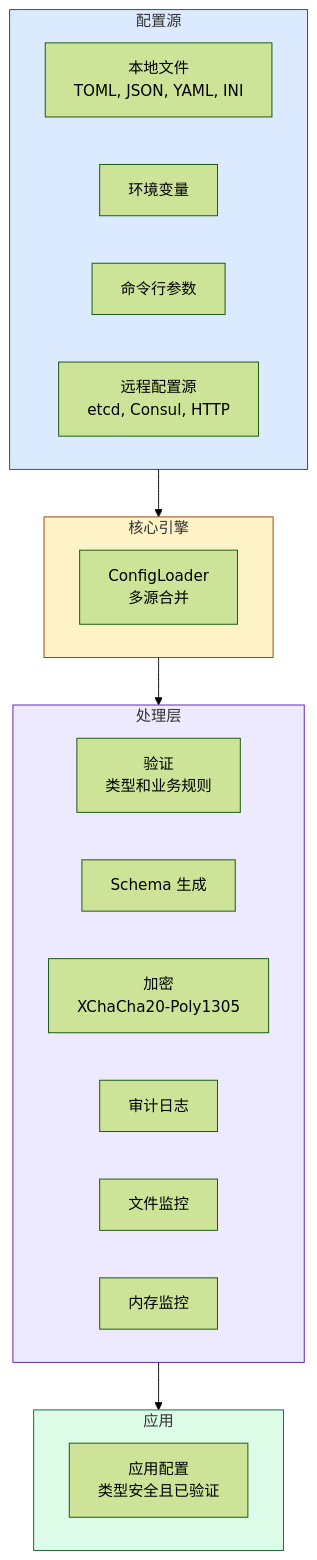
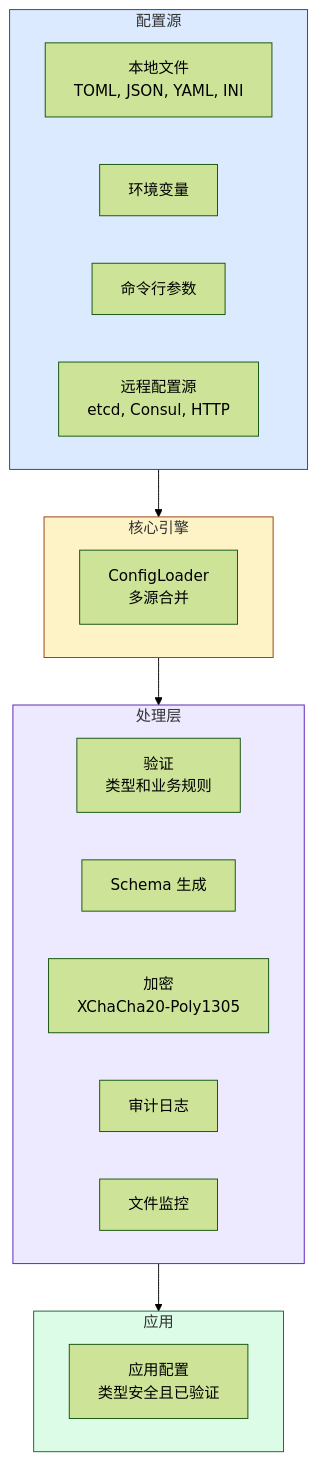
One commit to Kirky-X/confers changed the second of 3 diagrams in README_zh.md. Above: the diagram before and after it, drawn with Mermaid (forest theme). The commit also changed other lines of this file and 1 other file, not shown here.

First line of the commit message:
docs: remove stale metrics references from README mermaid diagrams

````diff
--- a/README_zh.md
+++ b/README_zh.md
@@ -641,35 +639,34 @@
 ```mermaid
 graph TB
     subgraph Sources ["配置源"]
         A["本地文件<br/>TOML, JSON, YAML, INI"]
         B["环境变量"]
         C["命令行参数"]
         D["远程配置源<br/>etcd, Consul, HTTP"]
     end
 
     subgraph Core ["核心引擎"]
         E["ConfigLoader<br/>多源合并"]
     end
 
     subgraph Processing ["处理层"]
         F["验证<br/>类型和业务规则"]
         G["Schema 生成"]
         H["加密<br/>XChaCha20-Poly1305"]
         I["审计日志"]
         J["文件监控"]
-        K["内存监控"]
     end
 
     subgraph Output ["应用"]
         L["应用配置<br/>类型安全且已验证"]
     end
 
     Sources --> Core
     Core --> Processing
     Processing --> Output
 
     style Sources fill:#DBEAFE,stroke:#1E40AF
     style Core fill:#FEF3C7,stroke:#92400E
     style Processing fill:#EDE9FE,stroke:#5B21B6
     style Output fill:#DCFCE7,stroke:#166534
 ```
````
